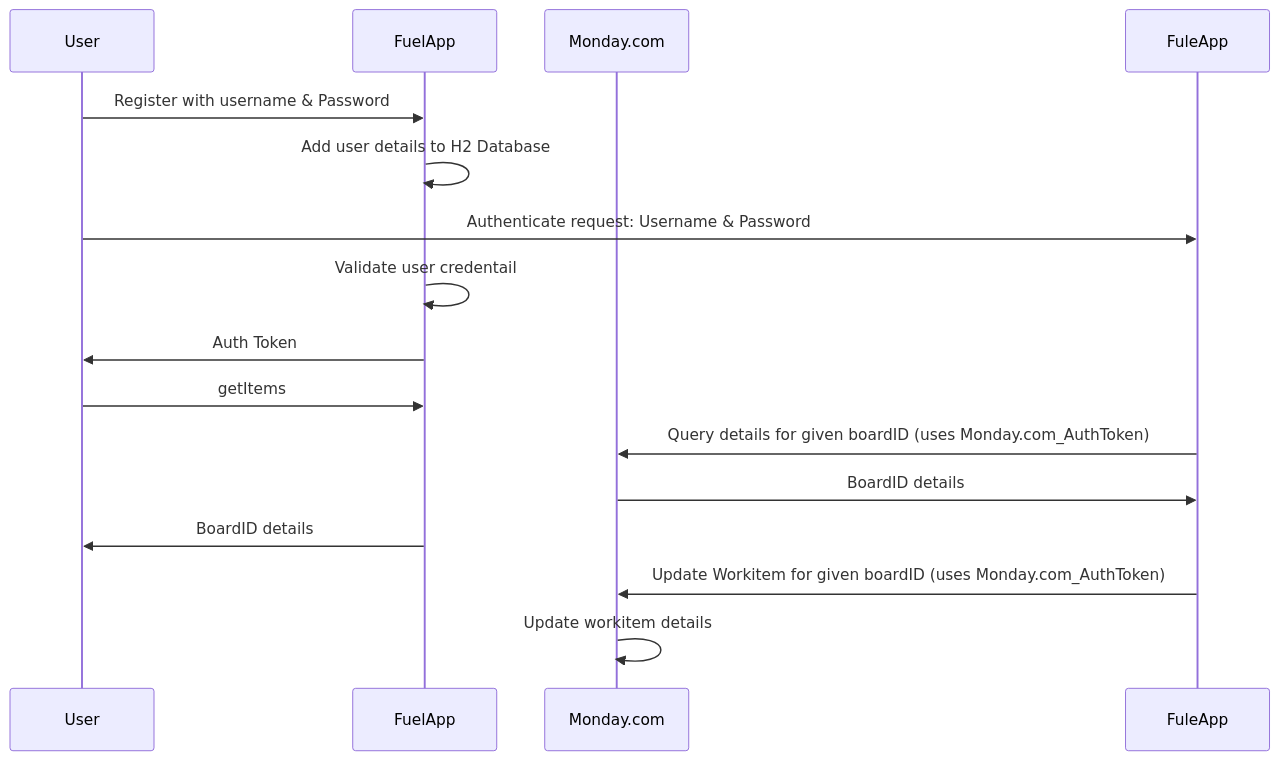
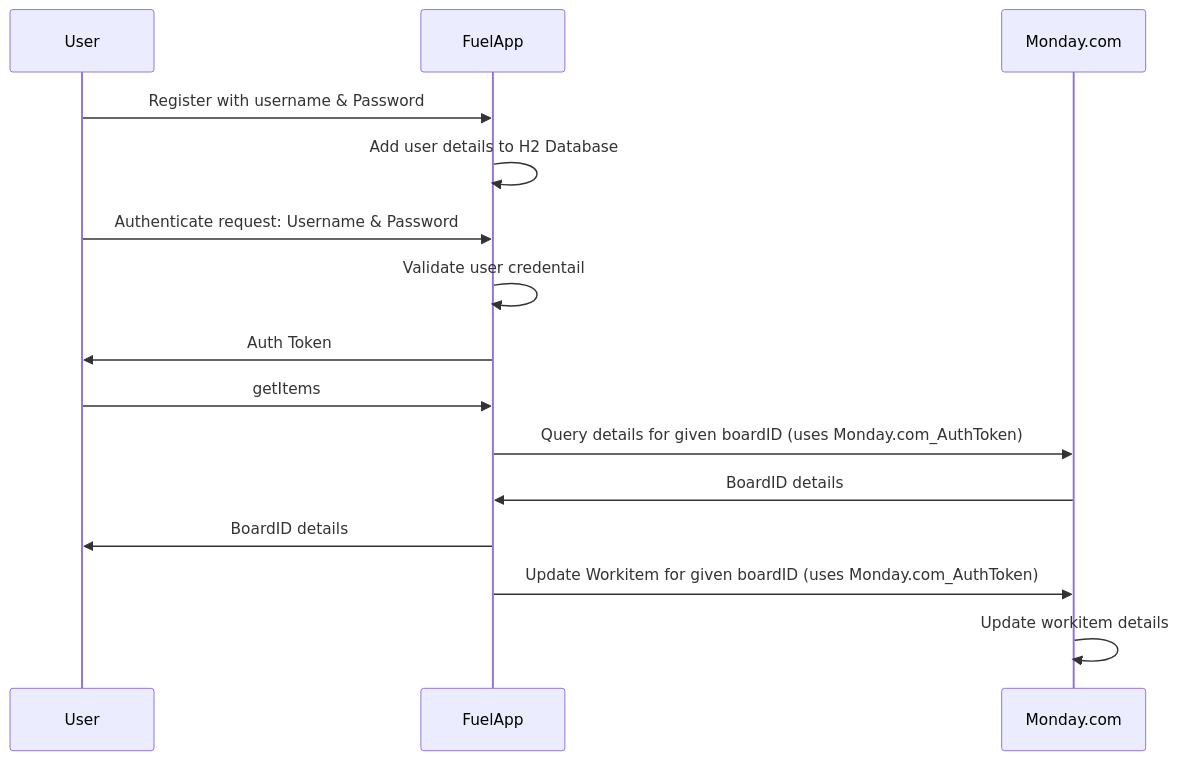
The diagram in README.md (otparics/Test_project), drawn with Mermaid before and after one commit.

````diff
--- a/README.md
+++ b/README.md
@@ -2,17 +2,17 @@
 ```mermaid
 sequenceDiagram
     participant User
     participant FuelApp
     participant Monday.com
     User->>FuelApp: Register with username & Password
     FuelApp->>FuelApp: Add user details to H2 Database
-    User->>FuleApp: Authenticate request: Username & Password
+    User->>FuelApp: Authenticate request: Username & Password
     FuelApp->>FuelApp: Validate user credentail 
     FuelApp->>User: Auth Token
     User->>FuelApp: getItems 
-    FuleApp->>Monday.com: Query details for given boardID (uses Monday.com_AuthToken)
-    Monday.com->>FuleApp: BoardID details
+    FuelApp->>Monday.com: Query details for given boardID (uses Monday.com_AuthToken)
+    Monday.com->>FuelApp: BoardID details
     FuelApp->>User: BoardID details
-    FuleApp->>Monday.com: Update Workitem for given boardID (uses Monday.com_AuthToken)
+    FuelApp->>Monday.com: Update Workitem for given boardID (uses Monday.com_AuthToken)
     Monday.com->>Monday.com: Update workitem details
 ```
````
